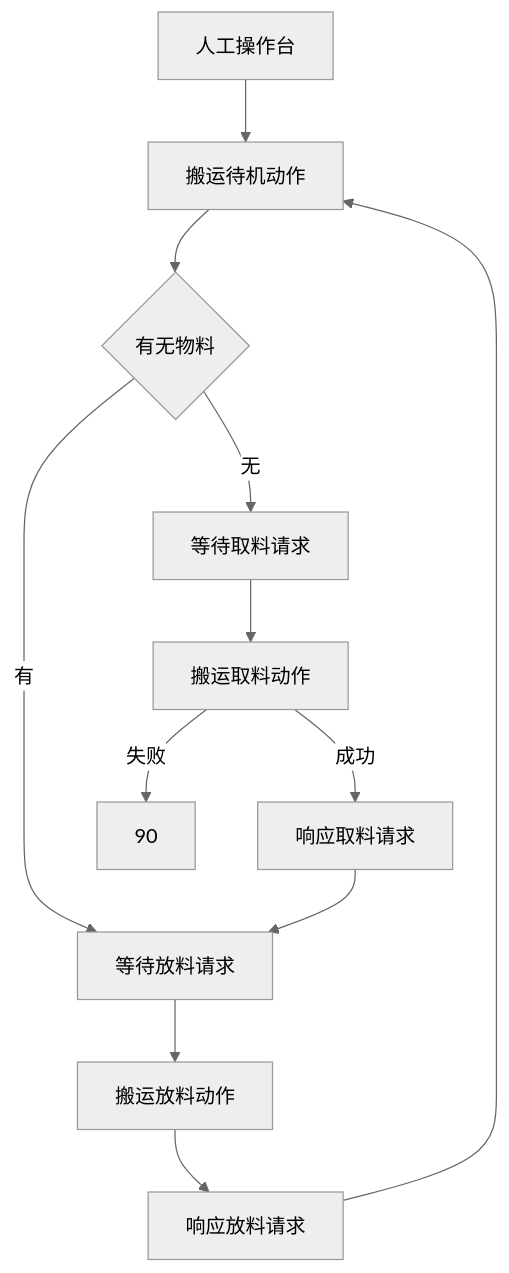
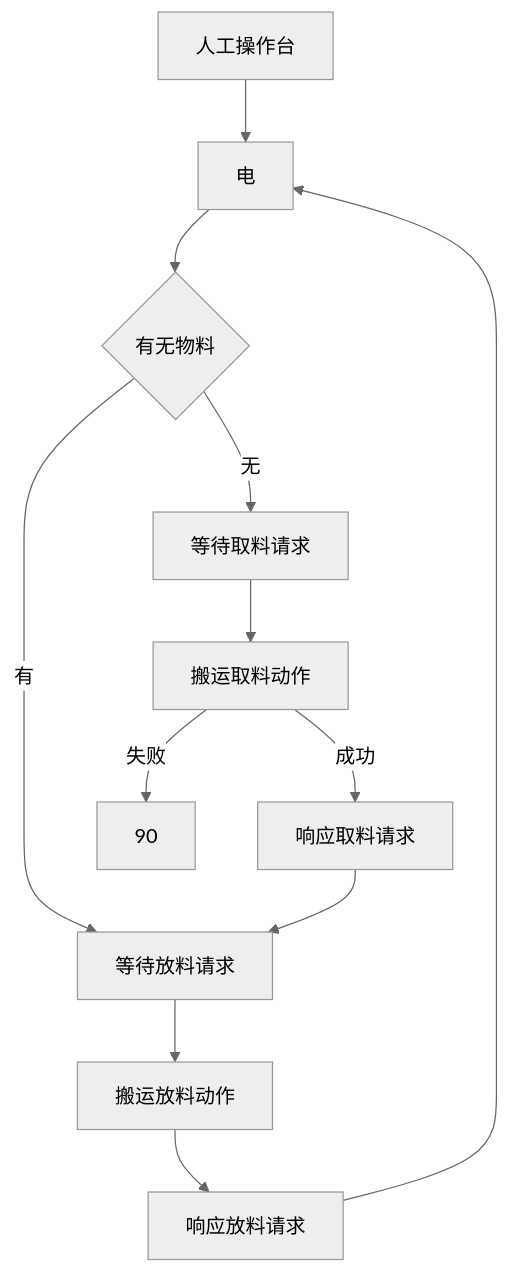
One commit to PengKun1/iodraw-files changed the diagram in all/未命名-4.md. Above: the diagram before and after it, drawn with Mermaid (neutral theme).

Commit message:
2024-12-20 14:42:52 update

````diff
--- a/all/未命名-4.md
+++ b/all/未命名-4.md
@@ -1,14 +1,14 @@
 ```mermaid
 graph TD
 0[人工操作台]-->10
-10[搬运待机动作]-->20
+10[电]-->20
 20{有无物料}-->|无|30
 20-->|有|60
 30[等待取料请求]-->40
 40[搬运取料动作]-->|成功|50
 40-->|失败|90
 50[响应取料请求]-->60
 60[等待放料请求]-->70
 70[搬运放料动作]-->80
 80[响应放料请求]-->10
 ```
````
